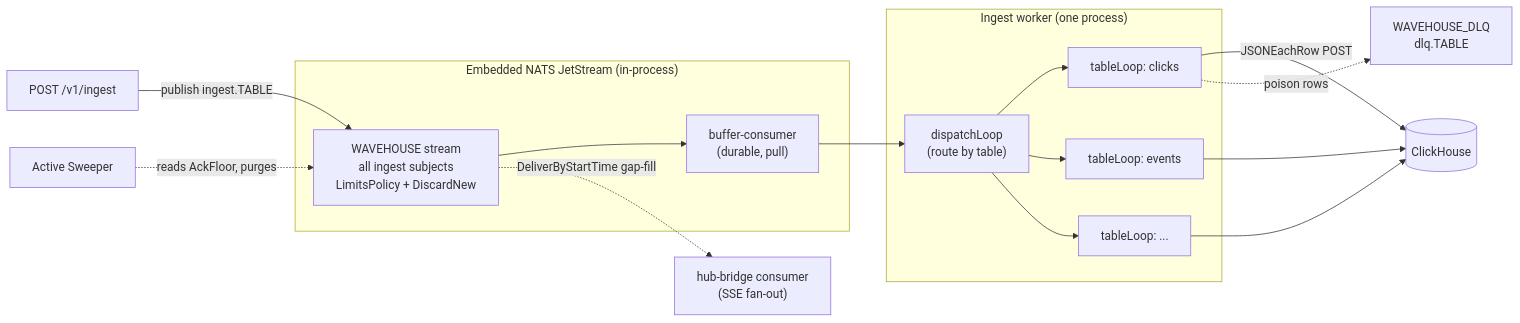
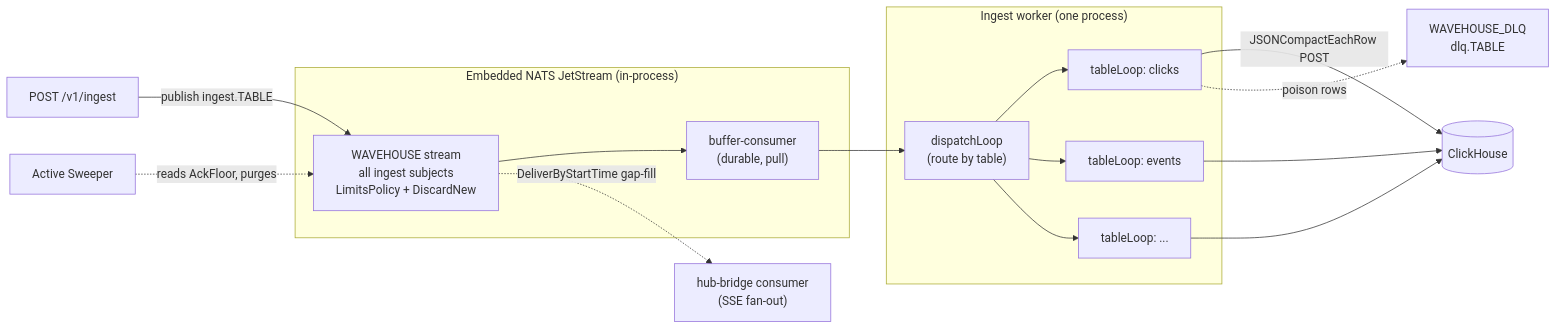
Before and after one commit to Wave-RF/WaveHouse: the first of 8 diagrams in docs/src/content/docs/ingest-pipeline.md, drawn with Mermaid. The commit also changed other lines of this file and 19 other files, not shown here.

````diff
--- a/docs/src/content/docs/ingest-pipeline.md
+++ b/docs/src/content/docs/ingest-pipeline.md
@@ -26,27 +26,27 @@
 ```mermaid
 flowchart LR
     API["POST /v1/ingest"] -->|"publish ingest.TABLE"| Stream
 
     subgraph NATS["Embedded NATS JetStream (in-process)"]
         Stream["WAVEHOUSE stream<br/>all ingest subjects<br/>LimitsPolicy + DiscardNew"]
         Cons["buffer-consumer<br/>(durable, pull)"]
         Stream --> Cons
     end
 
     Cons --> D
 
     subgraph Worker["Ingest worker (one process)"]
         D["dispatchLoop<br/>(route by table)"]
         D --> TLa["tableLoop: clicks"]
         D --> TLb["tableLoop: events"]
         D --> TLc["tableLoop: ..."]
     end
 
-    TLa -->|"JSONEachRow POST"| CH[("ClickHouse")]
+    TLa -->|"JSONCompactEachRow POST"| CH[("ClickHouse")]
     TLb --> CH
     TLc --> CH
     TLa -.->|"poison rows"| DLQ["WAVEHOUSE_DLQ<br/>dlq.TABLE"]
 
     Sweep["Active Sweeper"] -.->|"reads AckFloor, purges"| Stream
     Stream -.->|"DeliverByStartTime gap-fill"| Hub["hub-bridge consumer<br/>(SSE fan-out)"]
 ```
````
